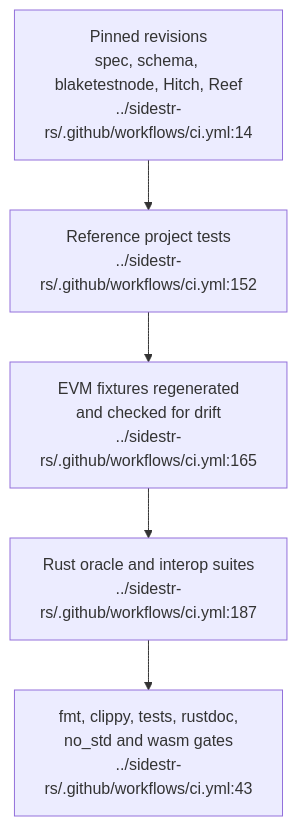
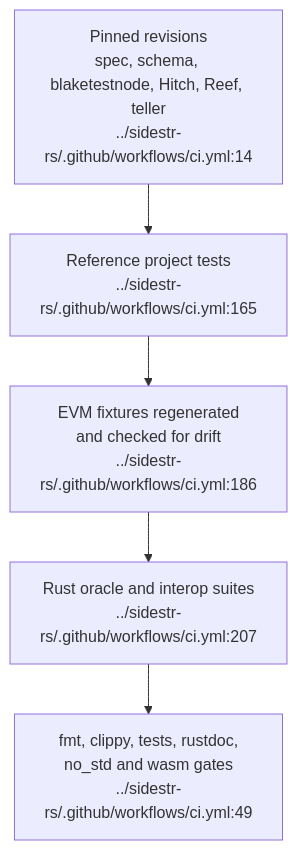
Before and after one commit to DreamLab-AI/VisionFlow: the second of 4 diagrams in docs/diagrams/sidestr-rs/01-workspace-oracles-and-live-boundary.md, drawn with Mermaid. The commit also changed other lines of this file and 21 other files, not shown here.

Commit message:
docs(diagrams): refresh first verified estate batch

````diff
--- a/docs/diagrams/sidestr-rs/01-workspace-oracles-and-live-boundary.md
+++ b/docs/diagrams/sidestr-rs/01-workspace-oracles-and-live-boundary.md
@@ -63,9 +65,9 @@
 ```mermaid
 flowchart TB
-    P["Pinned revisions<br/>spec, schema, blaketestnode, Hitch, Reef<br/>../sidestr-rs/.github/workflows/ci.yml:14"]
-    RT["Reference project tests<br/>../sidestr-rs/.github/workflows/ci.yml:152"]
-    FX["EVM fixtures regenerated<br/>and checked for drift<br/>../sidestr-rs/.github/workflows/ci.yml:165"]
-    O["Rust oracle and interop suites<br/>../sidestr-rs/.github/workflows/ci.yml:187"]
-    Q["fmt, clippy, tests, rustdoc,<br/>no_std and wasm gates<br/>../sidestr-rs/.github/workflows/ci.yml:43"]
+    P["Pinned revisions<br/>spec, schema, blaketestnode, Hitch, Reef, teller<br/>../sidestr-rs/.github/workflows/ci.yml:14"]
+    RT["Reference project tests<br/>../sidestr-rs/.github/workflows/ci.yml:165"]
+    FX["EVM fixtures regenerated<br/>and checked for drift<br/>../sidestr-rs/.github/workflows/ci.yml:186"]
+    O["Rust oracle and interop suites<br/>../sidestr-rs/.github/workflows/ci.yml:207"]
+    Q["fmt, clippy, tests, rustdoc,<br/>no_std and wasm gates<br/>../sidestr-rs/.github/workflows/ci.yml:49"]
     P --> RT --> FX --> O --> Q
 ```
````
